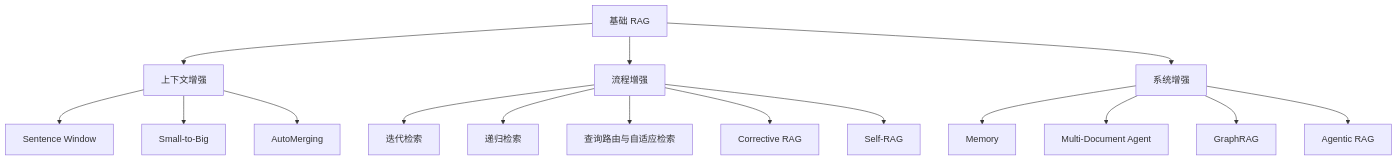
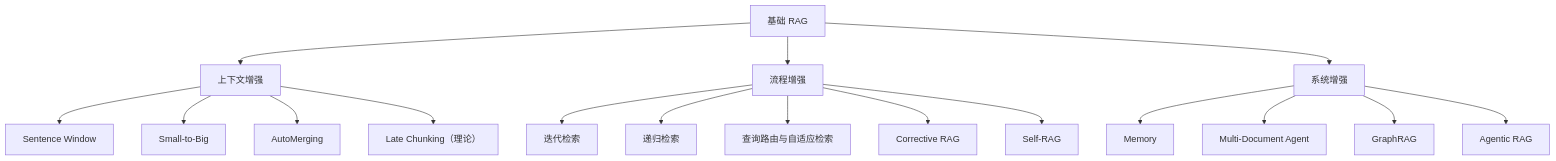
Before and after one commit to 0-yy-0/llm-universe: the diagram in notebook/C7 高级 RAG 技巧/6. 增强阶段/readme.md, drawn with Mermaid. The commit also changed 205 other files, not shown here.

````diff
--- a/notebook/C7 高级 RAG 技巧/6. 增强阶段/readme.md
+++ b/notebook/C7 高级 RAG 技巧/6. 增强阶段/readme.md
@@ -17,21 +17,22 @@
 ```mermaid
 flowchart TD
     basic[基础 RAG] --> ctx[上下文增强]
     basic --> flow[流程增强]
     basic --> sys[系统增强]
 
     ctx --> sw[Sentence Window]
     ctx --> stb[Small-to-Big]
     ctx --> am[AutoMerging]
+    ctx --> lc[Late Chunking（理论）]
 
     flow --> ir[迭代检索]
     flow --> rr[递归检索]
     flow --> qr[查询路由与自适应检索]
     flow --> crag[Corrective RAG]
     flow --> selfrag[Self-RAG]
 
     sys --> mem[Memory]
     sys --> mda[Multi-Document Agent]
     sys --> graphrag[GraphRAG]
     sys --> agentic[Agentic RAG]
 ```
````
